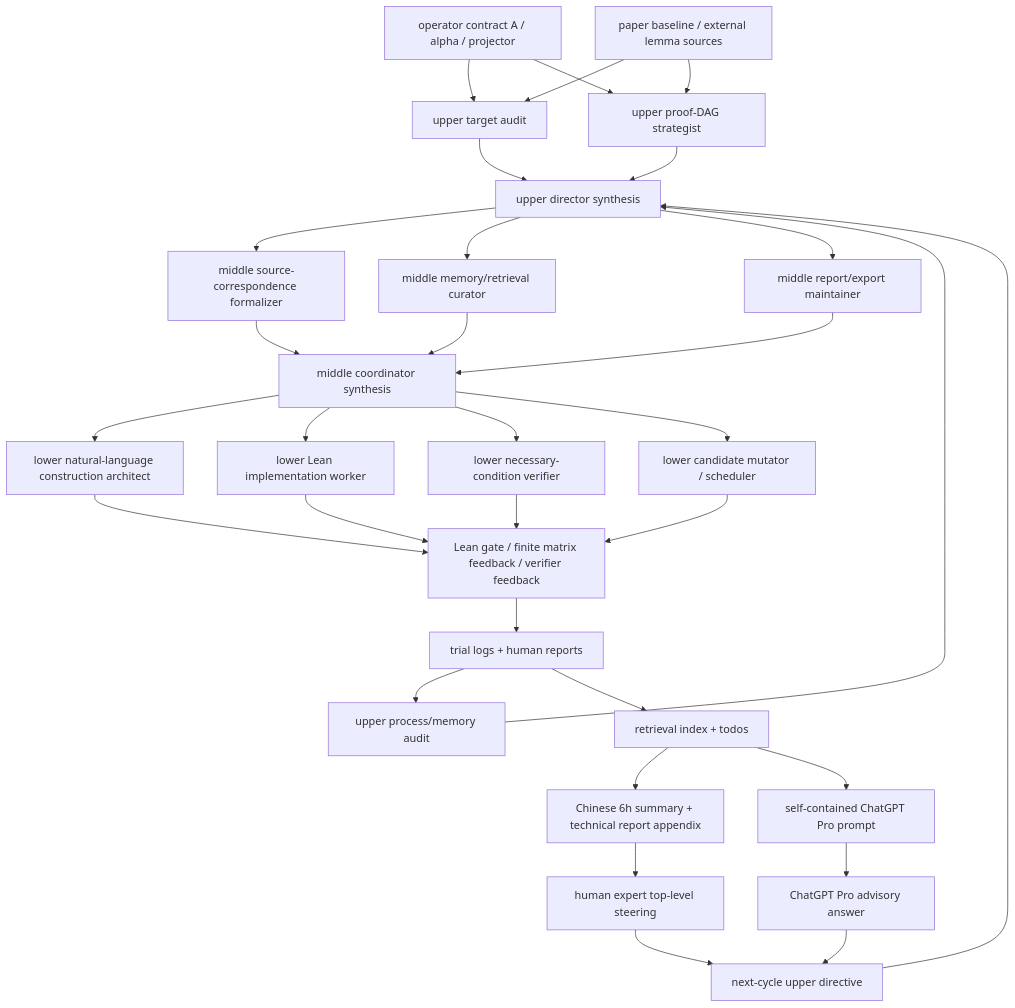
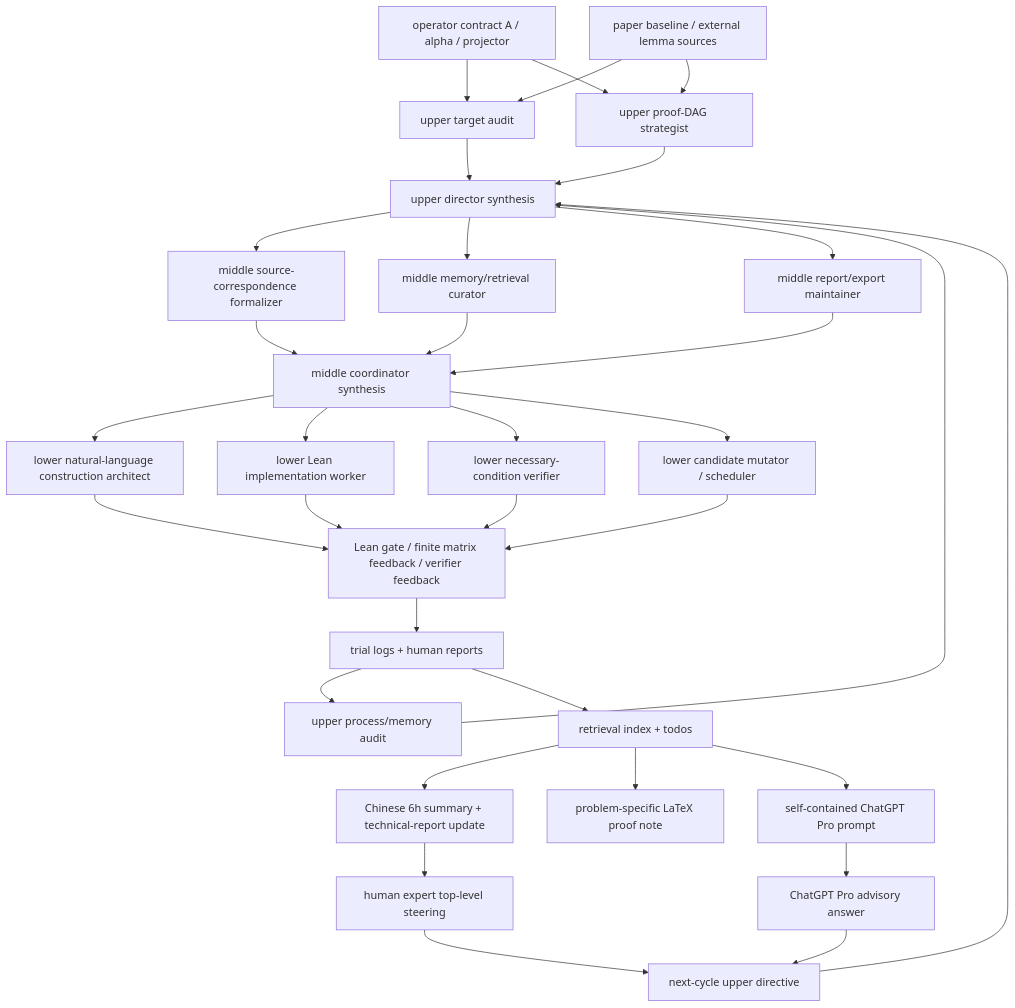
The second of 2 diagrams in README.md (DakeBU/Quantum-Computing-Block-Encoding), drawn with Mermaid before and after one commit. The commit also changed other lines of this file and 23 other files, not shown here.

````diff
--- a/README.md
+++ b/README.md
@@ -252,34 +257,35 @@
 ```mermaid
 flowchart TD
   A["operator contract A / alpha / projector"] --> B["upper target audit"]
   S["paper baseline / external lemma sources"] --> B
   S --> C["upper proof-DAG strategist"]
   A --> C["upper proof-DAG strategist"]
   J["trial logs + human reports"] --> D["upper process/memory audit"]
   B --> E["upper director synthesis"]
   C --> E
   D --> E
   E --> F["middle source-correspondence formalizer"]
   E --> G["middle memory/retrieval curator"]
   E --> H["middle report/export maintainer"]
   F --> I["middle coordinator synthesis"]
   G --> I
   H --> I
   I --> M["lower natural-language construction architect"]
   I --> N["lower Lean implementation worker"]
   I --> P["lower necessary-condition verifier"]
   I --> R["lower candidate mutator / scheduler"]
   M --> O["Lean gate / finite matrix feedback / verifier feedback"]
   N --> O
   P --> O
   R --> O
   O --> J
   J --> K["retrieval index + todos"]
-  K --> L["Chinese 6h summary + technical report appendix"]
+  K --> L["Chinese 6h summary + technical-report update"]
+  K --> W["problem-specific LaTeX proof note"]
   K --> Q["self-contained ChatGPT Pro prompt"]
   Q --> X["ChatGPT Pro advisory answer"]
   L --> Y["human expert top-level steering"]
   X --> Z["next-cycle upper directive"]
   Y --> Z
   Z --> E
 ```
````
